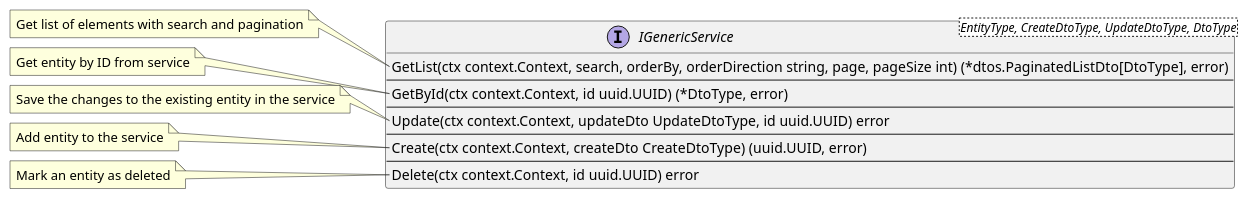
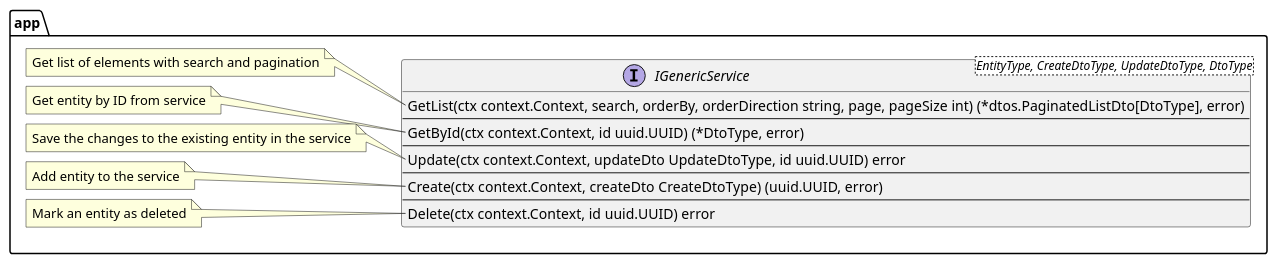
Before and after one commit to lf-edge/rol: the diagram in docs/plantuml/interfaces/IGenericService.puml, drawn with PlantUML. The commit also changed 26 other files, not shown here.

```diff
--- a/docs/plantuml/interfaces/IGenericService.puml
+++ b/docs/plantuml/interfaces/IGenericService.puml
@@ -1,29 +1,35 @@
 @startuml IGenericService
-interface IGenericService<EntityType, CreateDtoType, UpdateDtoType, DtoType> {
-    GetList(ctx context.Context, search, orderBy, orderDirection string, page, pageSize int) (*dtos.PaginatedListDto[DtoType], error)
-    --
-    GetById(ctx context.Context, id uuid.UUID) (*DtoType, error)
-    --
-    Update(ctx context.Context, updateDto UpdateDtoType, id uuid.UUID) error
-    --
-    Create(ctx context.Context, createDto CreateDtoType) (uuid.UUID, error)
-    --
-    Delete(ctx context.Context, id uuid.UUID) error
+
+package app {
+    interface IGenericService<EntityType, CreateDtoType, UpdateDtoType, DtoType> {
+        GetList(ctx context.Context, search, orderBy, orderDirection string, page, pageSize int) (*dtos.PaginatedListDto[DtoType], error)
+        --
+        GetById(ctx context.Context, id uuid.UUID) (*DtoType, error)
+        --
+        Update(ctx context.Context, updateDto UpdateDtoType, id uuid.UUID) error
+        --
+        Create(ctx context.Context, createDto CreateDtoType) (uuid.UUID, error)
+        --
+        Delete(ctx context.Context, id uuid.UUID) error
+    }
+    note left of IGenericService::GetList
+        Get list of elements with search and pagination
+    end note
+
+    note left of IGenericService::GetById
+        Get entity by ID from service
+    end note
+
+    note left of IGenericService::Update
+        Save the changes to the existing entity in the service
+    end note
+
+    note left of IGenericService::Create
+        Add entity to the service
+    end note
+
+    note left of IGenericService::Delete
+        Mark an entity as deleted
+    end note
 }
-note left of IGenericService::GetList
-    Get list of elements with search and pagination
-end note
-note left of IGenericService::GetById
-    Get entity by ID from service
-end note
-note left of IGenericService::Update
-    Save the changes to the existing entity in the service
-end note
-note left of IGenericService::Create
-    Add entity to the service
-end note
-note left of IGenericService::Delete
-    Mark an entity as deleted
-end note
-
 @enduml
```
